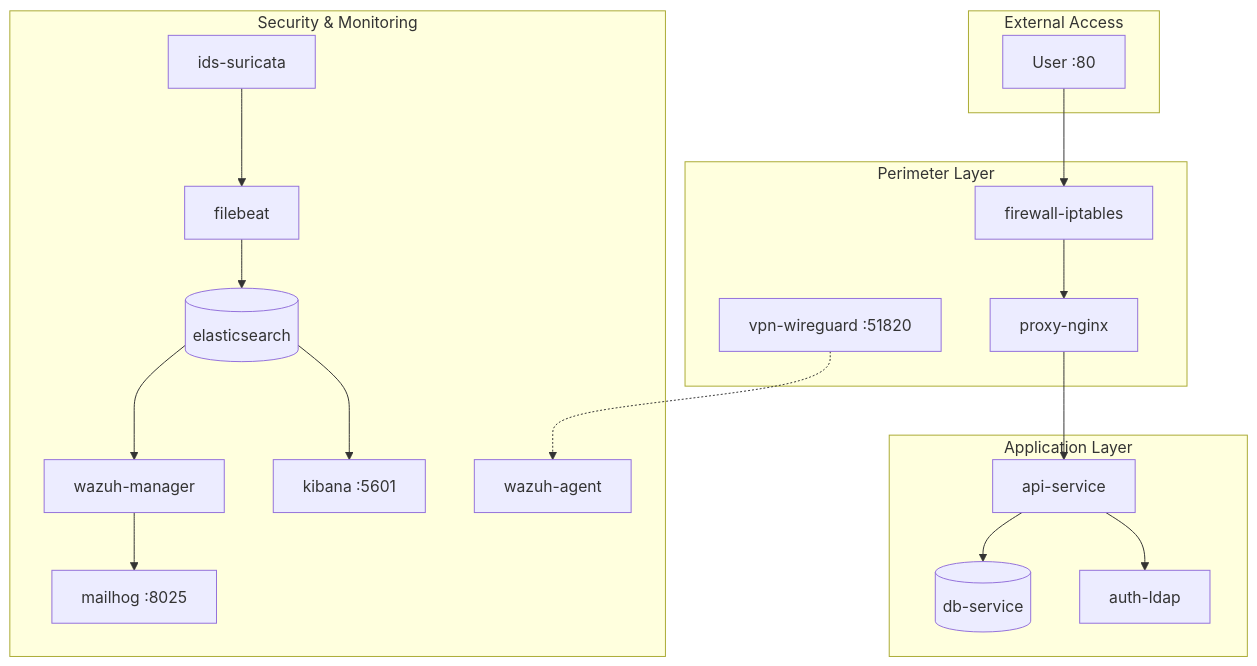
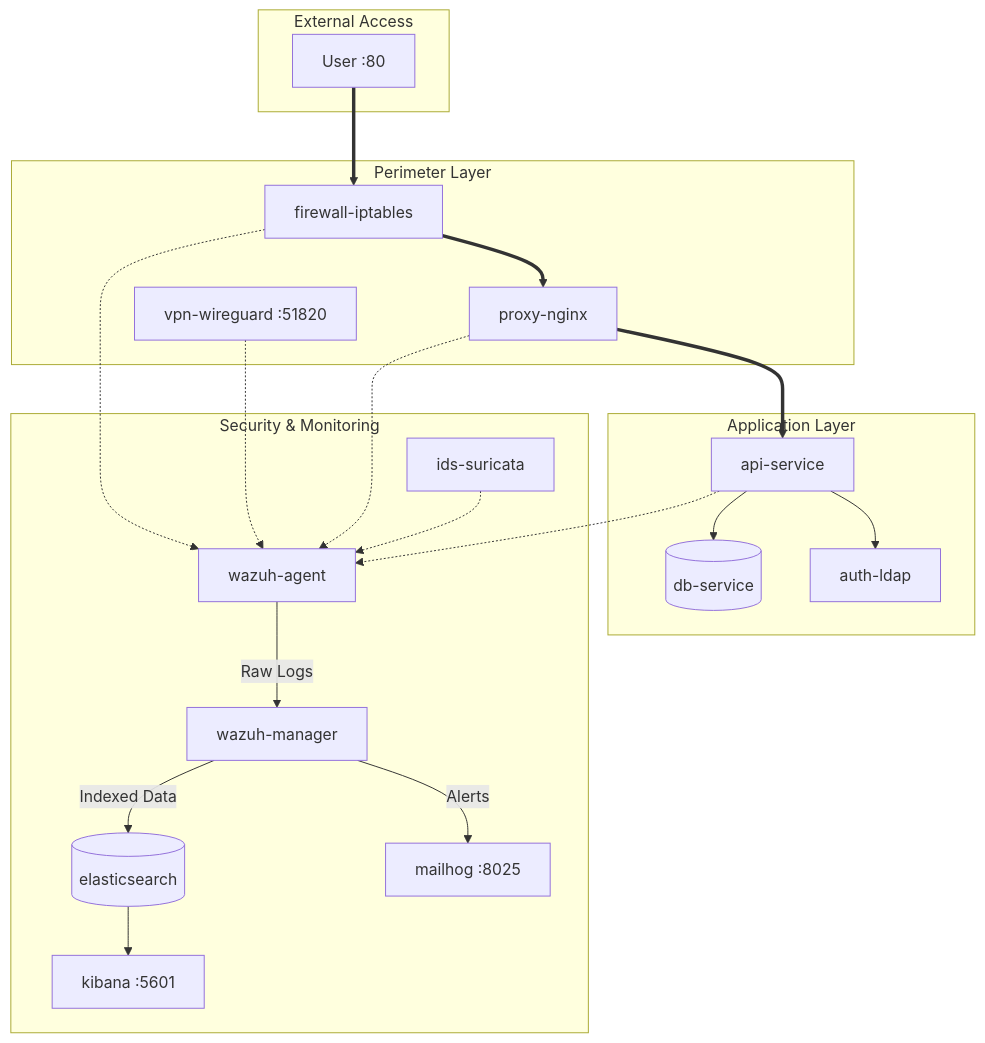
Before and after one commit to nofa8/soc-project: the diagram in README.md, drawn with Mermaid.

Commit message:
fix: updated graoh

````diff
--- a/README.md
+++ b/README.md
@@ -22,36 +22,45 @@
 ```mermaid
 graph TB
     subgraph External["External Access"]
         USER[User :80]
     end
     
     subgraph Perimeter["Perimeter Layer"]
         FW[firewall-iptables]
         VPN[vpn-wireguard :51820]
         NGINX[proxy-nginx]
     end
     
     subgraph Application["Application Layer"]
         API[api-service]
         DB[(db-service)]
         LDAP[auth-ldap]
     end
     
     subgraph Security["Security & Monitoring"]
         IDS[ids-suricata]
         WAZUH[wazuh-manager]
         AGENT[wazuh-agent]
-        FB[filebeat]
         ES[(elasticsearch)]
         KIB[kibana :5601]
         MAIL[mailhog :8025]
     end
     
-    USER --> FW --> NGINX --> API
+    %% Traffic Flow
+    USER ==> FW ==> NGINX ==> API
     API --> DB
     API --> LDAP
+    
+    %% Log Data Flow (The SOC Pipeline)
+    FW -.-> AGENT
     VPN -.-> AGENT
-    IDS --> FB --> ES --> WAZUH
-    WAZUH --> MAIL
+    NGINX -.-> AGENT
+    API -.-> AGENT
+    IDS -.-> AGENT
+    
+    %% Analysis & Alerting
+    AGENT --"Raw Logs"--> WAZUH
+    WAZUH --"Alerts"--> MAIL
+    WAZUH --"Indexed Data"--> ES
     ES --> KIB
 ```
````
